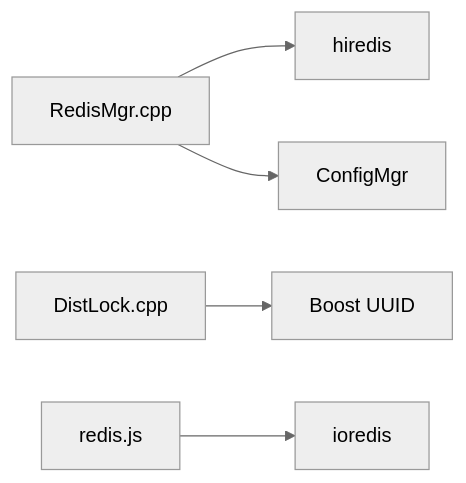
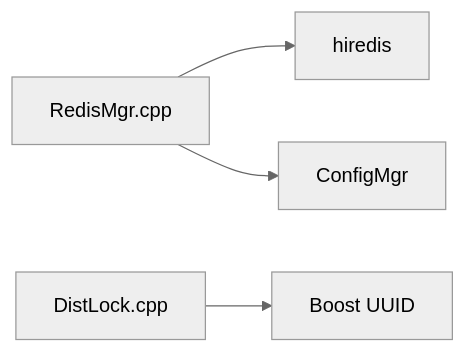
Before and after one commit to echo9923/mychatter: the seventh of 7 diagrams in .qoder/repowiki/zh/content/缓存和存储/Redis缓存策略.md, drawn with Mermaid (neutral theme). The commit also changed other lines of this file and 58 other files, not shown here.

````diff
--- a/.qoder/repowiki/zh/content/缓存和存储/Redis缓存策略.md
+++ b/.qoder/repowiki/zh/content/缓存和存储/Redis缓存策略.md
@@ -310,7 +303,6 @@
 ```mermaid
 graph LR
 RedisMgr["RedisMgr.cpp"] --> Hiredis["hiredis"]
 RedisMgr --> ConfigMgr["ConfigMgr"]
 DistLock["DistLock.cpp"] --> BoostUUID["Boost UUID"]
-VarifyRedis["redis.js"] --> IORedis["ioredis"]
 ```
````
